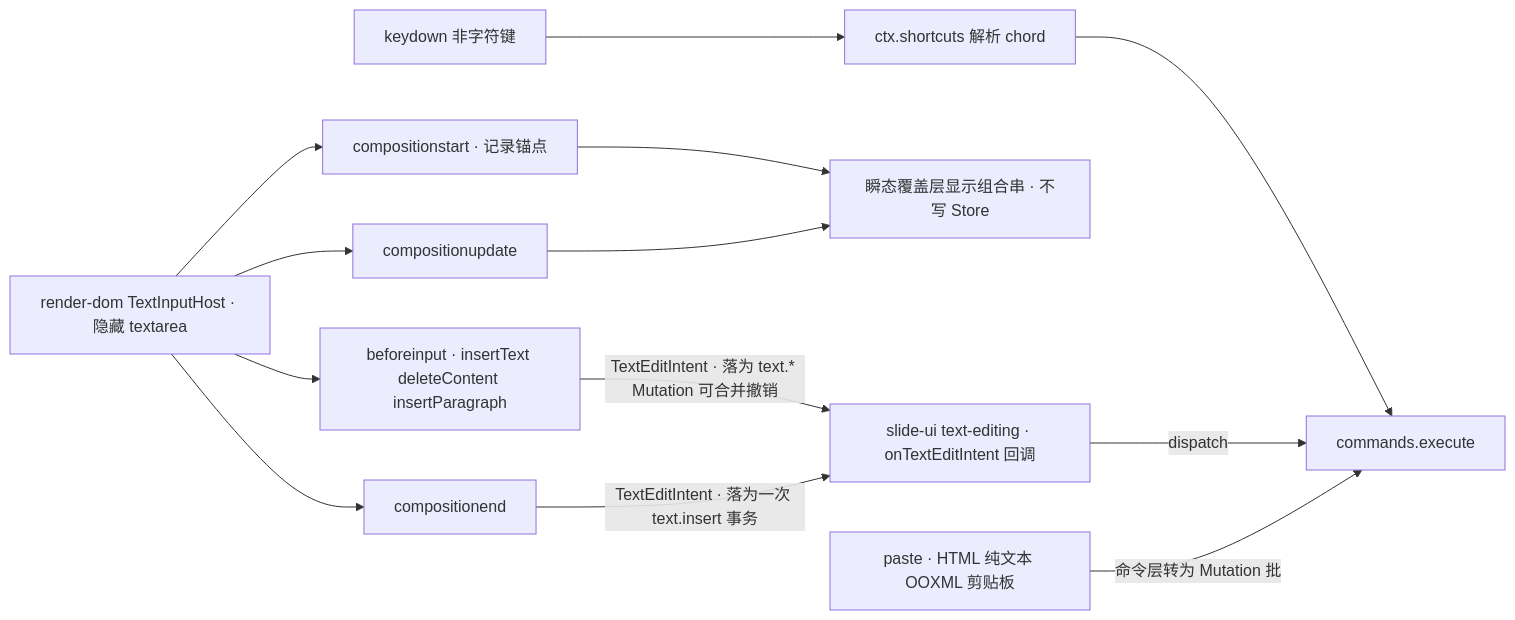
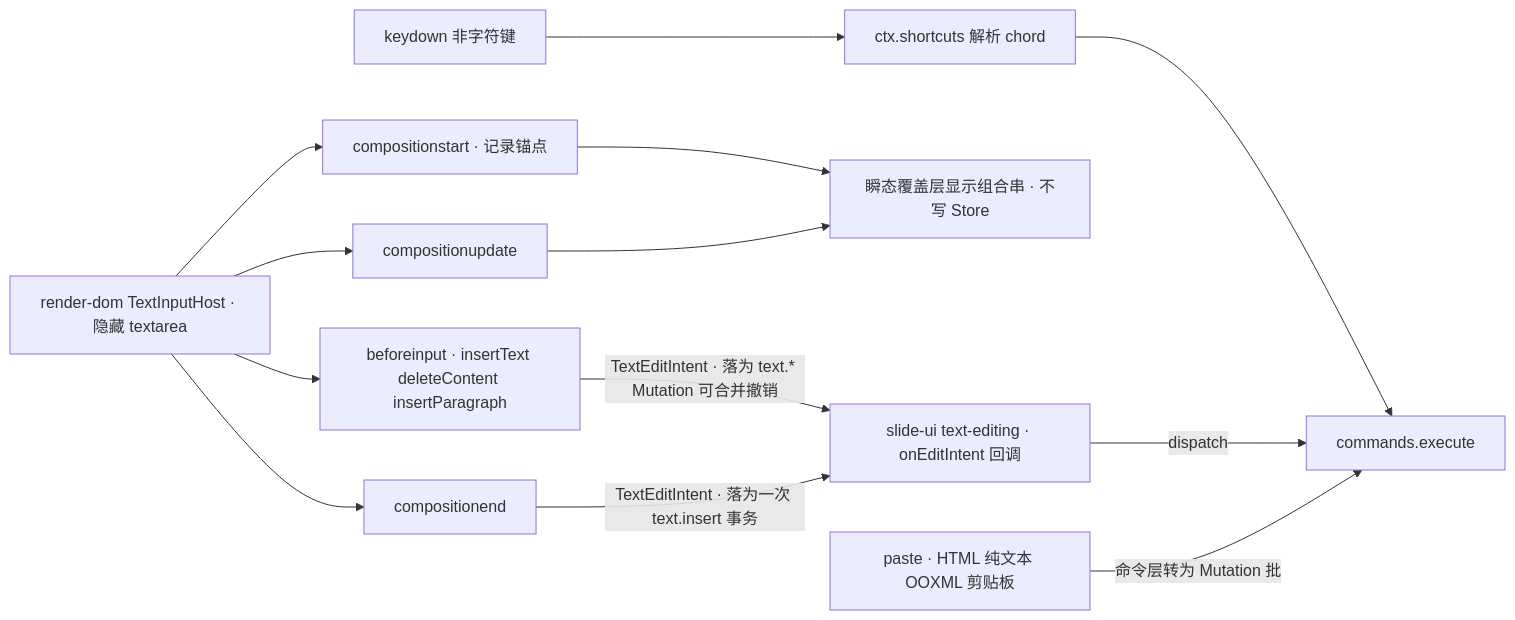
One commit to Xeonice/cordis-ppt-editor changed diagram 25 of 36 in docs/40-modules/18-atlas-system-and-frontend.md. Above: the diagram before and after it, drawn with Mermaid. The commit also changed other lines of this file and 79 other files, not shown here.

````diff
--- a/docs/40-modules/18-atlas-system-and-frontend.md
+++ b/docs/40-modules/18-atlas-system-and-frontend.md
@@ -858,25 +864,25 @@
 ```mermaid
 flowchart LR
   keydown["keydown 非字符键"]
   shortcuts["ctx.shortcuts 解析 chord"]
   textHost["render-dom TextInputHost · 隐藏 textarea"]
   beforeInput["beforeinput · insertText deleteContent insertParagraph"]
   compStart["compositionstart · 记录锚点"]
   compUpdate["compositionupdate"]
   compEnd["compositionend"]
   overlay["瞬态覆盖层显示组合串 · 不写 Store"]
-  slideUiText["slide-ui text-editing · onTextEditIntent 回调"]
+  slideUiText["slide-ui text-editing · onEditIntent 回调"]
   paste["paste · HTML 纯文本 OOXML 剪贴板"]
   commands["commands.execute"]
   keydown --> shortcuts --> commands
   textHost --> beforeInput
   textHost --> compStart
   textHost --> compUpdate
   textHost --> compEnd
   compStart --> overlay
   compUpdate --> overlay
   beforeInput -- "TextEditIntent · 落为 text.* Mutation 可合并撤销" --> slideUiText
   compEnd -- "TextEditIntent · 落为一次 text.insert 事务" --> slideUiText
   slideUiText -- "dispatch" --> commands
   paste -- "命令层转为 Mutation 批" --> commands
 ```
````
